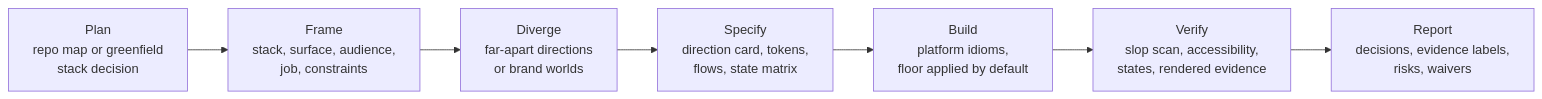
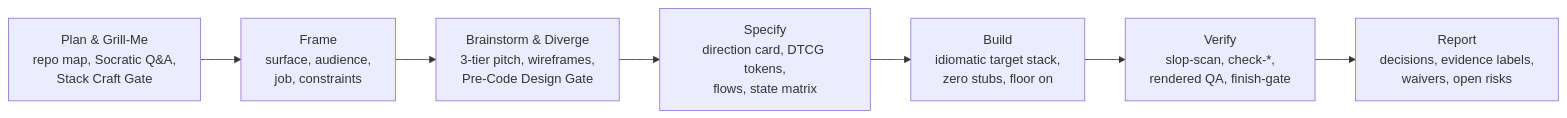
The diagram in README.md (ThanhNguyxnOrg/Pixelcraft), drawn with Mermaid before and after one commit. The commit also changed other lines of this file and 10 other files, not shown here.

````diff
--- a/README.md
+++ b/README.md
@@ -23,9 +52,9 @@
 ```mermaid
 flowchart LR
-    P[Plan<br/>repo map or greenfield<br/>stack decision] --> A[Frame<br/>stack, surface, audience,<br/>job, constraints]
-    A --> B[Diverge<br/>far-apart directions<br/>or brand worlds]
-    B --> C[Specify<br/>direction card, tokens,<br/>flows, state matrix]
-    C --> D[Build<br/>platform idioms,<br/>floor applied by default]
-    D --> E[Verify<br/>slop scan, accessibility,<br/>states, rendered evidence]
-    E --> F[Report<br/>decisions, evidence labels,<br/>risks, waivers]
+    P["Plan & Grill-Me<br/>repo map, Socratic Q&A,<br/>Stack Craft Gate"] --> A["Frame<br/>surface, audience,<br/>job, constraints"]
+    A --> B["Brainstorm & Diverge<br/>3-tier pitch, wireframes,<br/>Pre-Code Design Gate"]
+    B --> C["Specify<br/>direction card, DTCG tokens,<br/>flows, state matrix"]
+    C --> D["Build<br/>idiomatic target stack,<br/>zero stubs, floor on"]
+    D --> E["Verify<br/>slop-scan, check-*,<br/>rendered QA, finish-gate"]
+    E --> F["Report<br/>decisions, evidence labels,<br/>waivers, open risks"]
 ```
````
